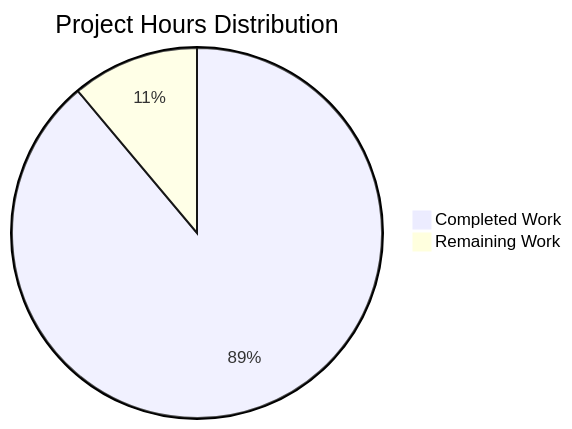
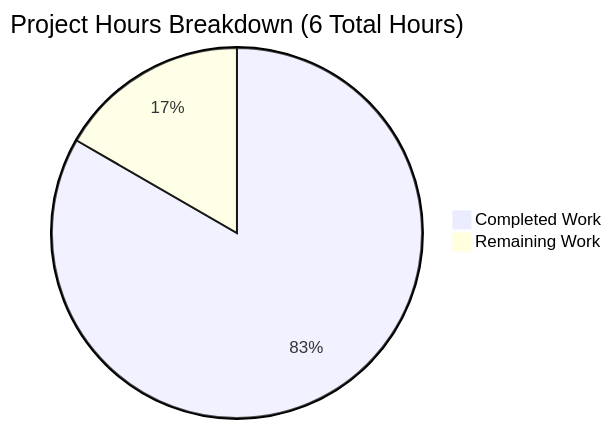
Before and after one commit to blitzytest02/12nov02: the diagram in blitzy/documentation/Project Guide.md, drawn with Mermaid. The commit also changed other lines of this file, not shown here.

Commit message:
Adding Blitzy Project Guide: Project Status and Human Tasks Remaining

````diff
--- a/blitzy/documentation/Project Guide.md
+++ b/blitzy/documentation/Project Guide.md
@@ -118,5 +53,5 @@
 ```mermaid
-pie title Project Hours Distribution
-    "Completed Work" : 8
+pie title Project Hours Breakdown (6 Total Hours)
+    "Completed Work" : 5
     "Remaining Work" : 1
 ```
````
